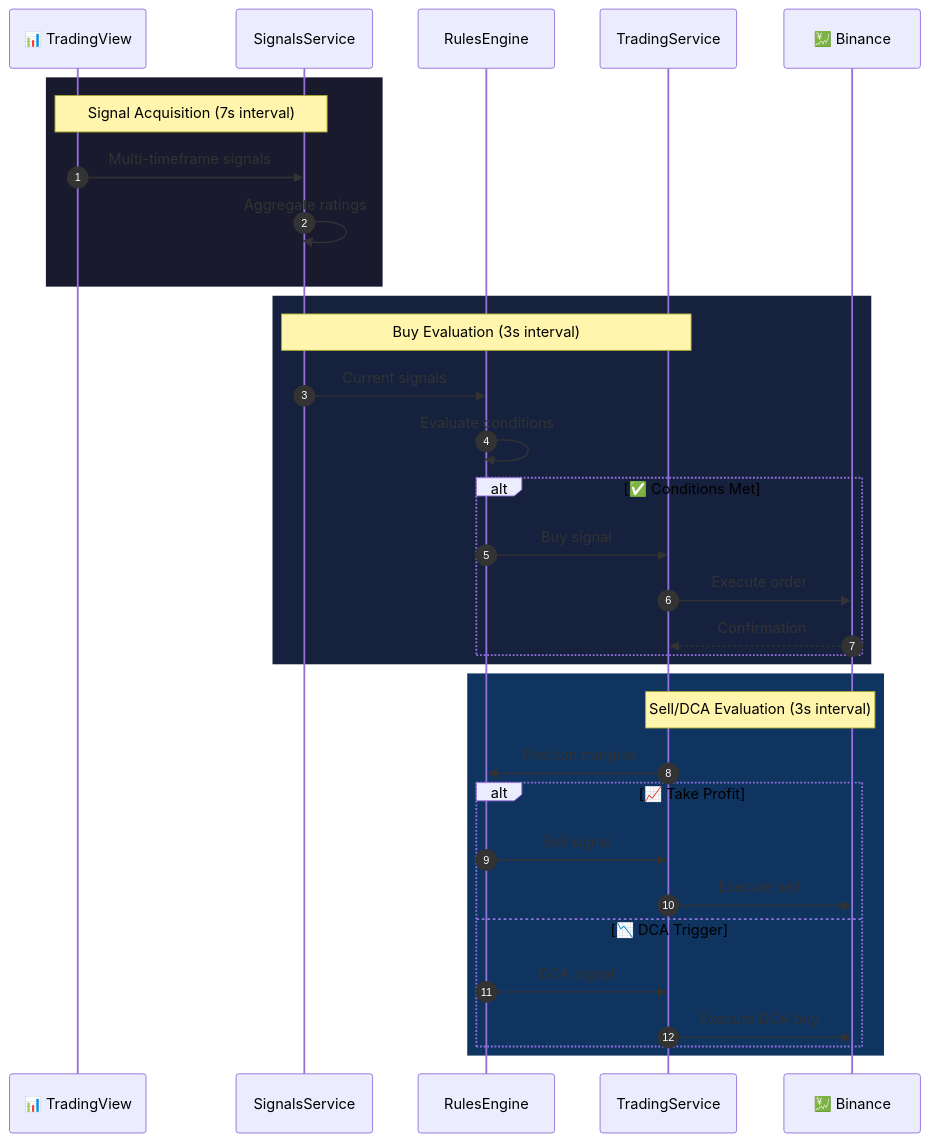
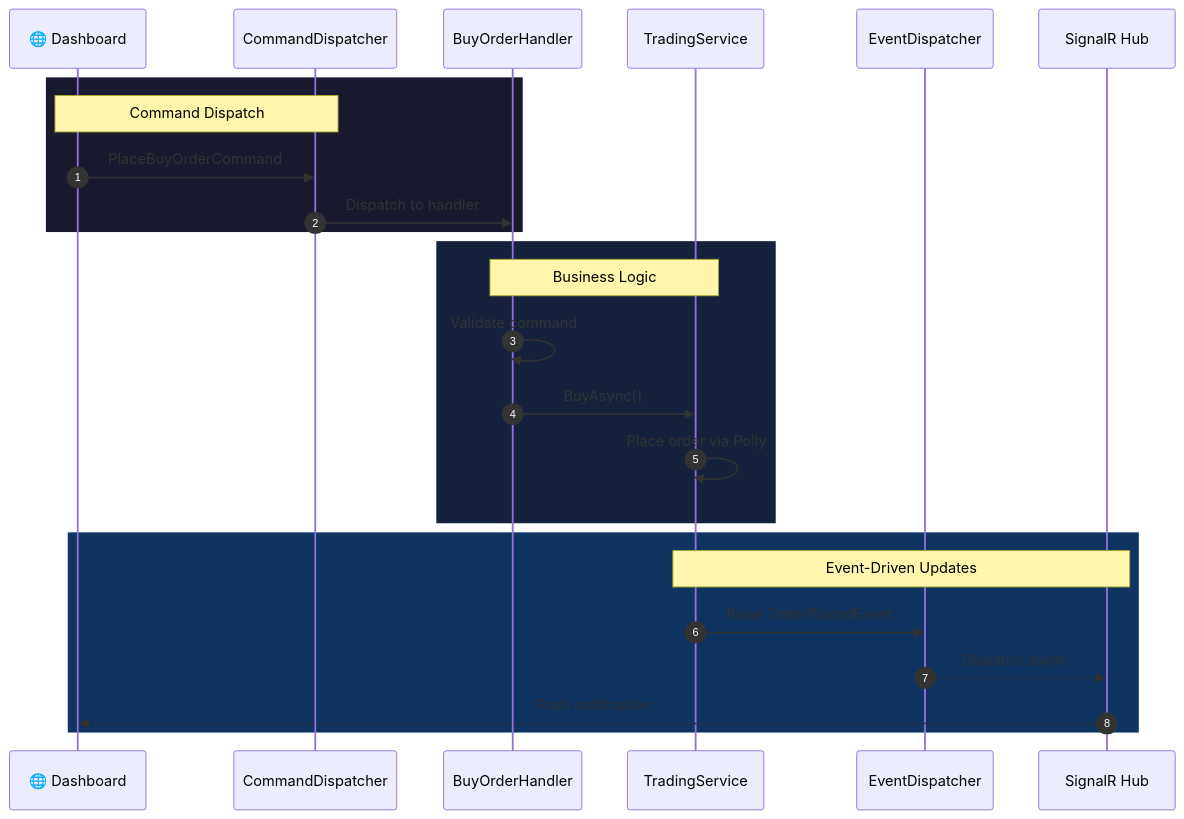
The second of 5 diagrams in README.md (blackms/IntelliTrader), drawn with Mermaid before and after one commit. The commit also changed other lines of this file, not shown here.

First line of the commit message:
docs(readme): modernize README with startup-grade styling and mermaid diagrams

````diff
--- a/README.md
+++ b/README.md
@@ -212,38 +282,30 @@
 ```mermaid
 sequenceDiagram
     autonumber
-    participant TV as 📊 TradingView
-    participant SIG as SignalsService
-    participant RULES as RulesEngine
-    participant TRADE as TradingService
-    participant BN as 💹 Binance
+    participant UI as 🌐 Dashboard
+    participant CMD as CommandDispatcher
+    participant HDL as BuyOrderHandler
+    participant SVC as TradingService
+    participant EVT as EventDispatcher
+    participant HUB as SignalR Hub
 
     rect rgb(26, 26, 46)
-    note over TV,SIG: Signal Acquisition (7s interval)
-    TV->>SIG: Multi-timeframe signals
-    SIG->>SIG: Aggregate ratings
+    note over UI,CMD: Command Dispatch
+    UI->>CMD: PlaceBuyOrderCommand
+    CMD->>HDL: Dispatch to handler
     end
 
     rect rgb(22, 33, 62)
-    note over SIG,TRADE: Buy Evaluation (3s interval)
-    SIG->>RULES: Current signals
-    RULES->>RULES: Evaluate conditions
-    alt ✅ Conditions Met
-        RULES->>TRADE: Buy signal
-        TRADE->>BN: Execute order
-        BN-->>TRADE: Confirmation
-    end
+    note over HDL,SVC: Business Logic
+    HDL->>HDL: Validate command
+    HDL->>SVC: BuyAsync()
+    SVC->>SVC: Place order via Polly
     end
 
     rect rgb(15, 52, 96)
-    note over TRADE,BN: Sell/DCA Evaluation (3s interval)
-    TRADE->>RULES: Position margins
-    alt 📈 Take Profit
-        RULES->>TRADE: Sell signal
-        TRADE->>BN: Execute sell
-    else 📉 DCA Trigger
-        RULES->>TRADE: DCA signal
-        TRADE->>BN: Execute DCA buy
-    end
+    note over SVC,HUB: Event-Driven Updates
+    SVC->>EVT: Raise OrderPlacedEvent
+    EVT-->>HUB: Dispatch async
+    HUB-->>UI: Push notification
     end
 ```
````
